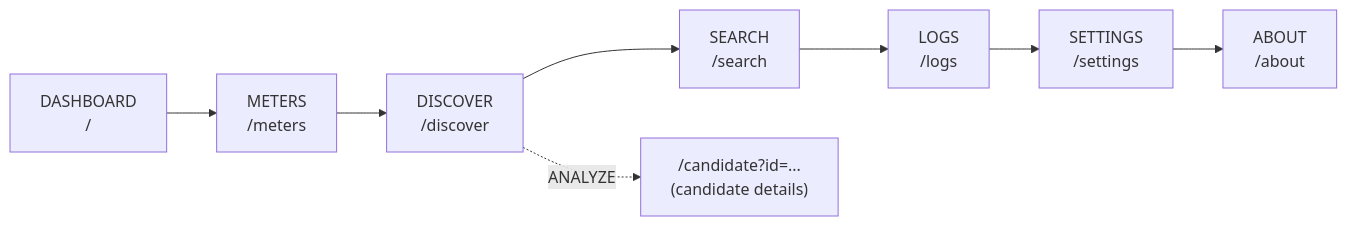
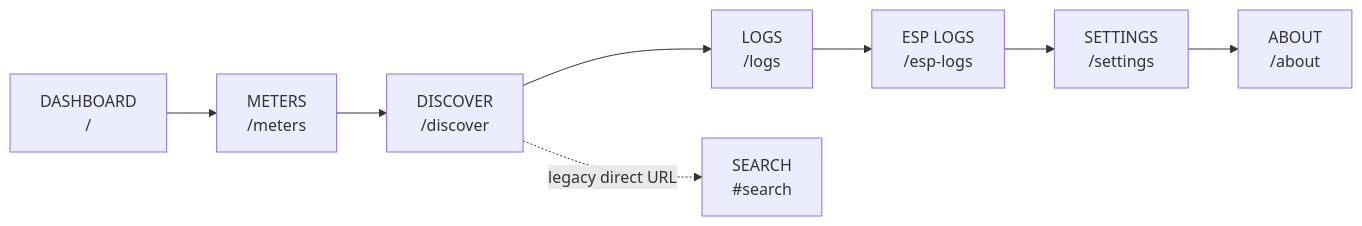
The third of 7 diagrams in docs/README.en.md (Kustonium/homeassistant-wmbus-mqtt-bridge-dev), drawn with Mermaid before and after one commit. The commit also changed other lines of this file and 6 other files, not shown here.

````diff
--- a/docs/README.en.md
+++ b/docs/README.en.md
@@ -245,10 +244,10 @@
 ```mermaid
 flowchart LR
   N1["DASHBOARD<br/>/"] --> N2["METERS<br/>/meters"]
   N2 --> N3["DISCOVER<br/>/discover"]
-  N3 --> N4["SEARCH<br/>/search"]
-  N4 --> N5["LOGS<br/>/logs"]
+  N3 --> N4["LOGS<br/>/logs"]
+  N4 --> N5["ESP LOGS<br/>/esp-logs"]
   N5 --> N6["SETTINGS<br/>/settings"]
   N6 --> N7["ABOUT<br/>/about"]
-  N3 -.->|ANALYZE| N8["/candidate?id=...<br/>(candidate details)"]
+  N3 -.->|legacy direct URL| N8["SEARCH<br/>#search"]
 ```
````
